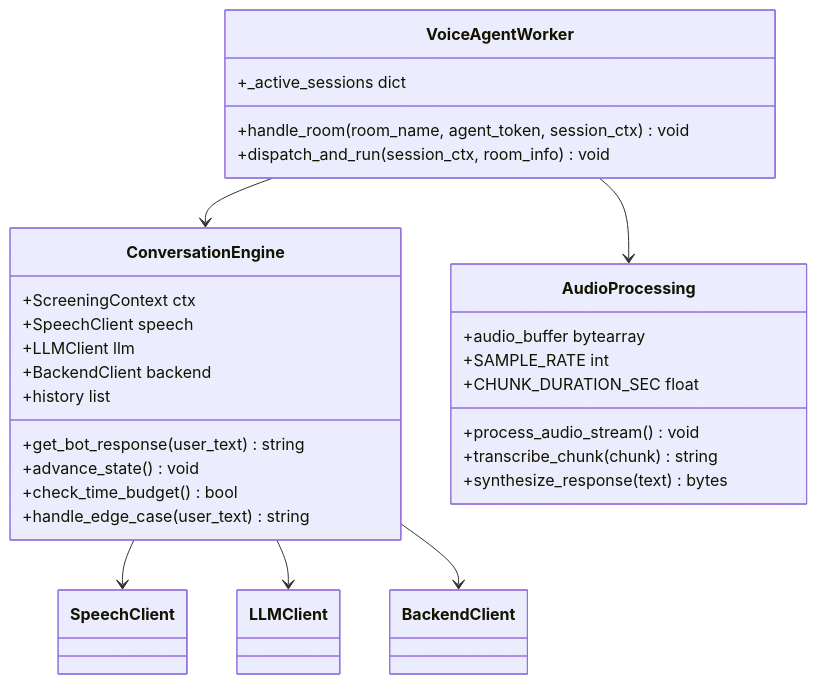
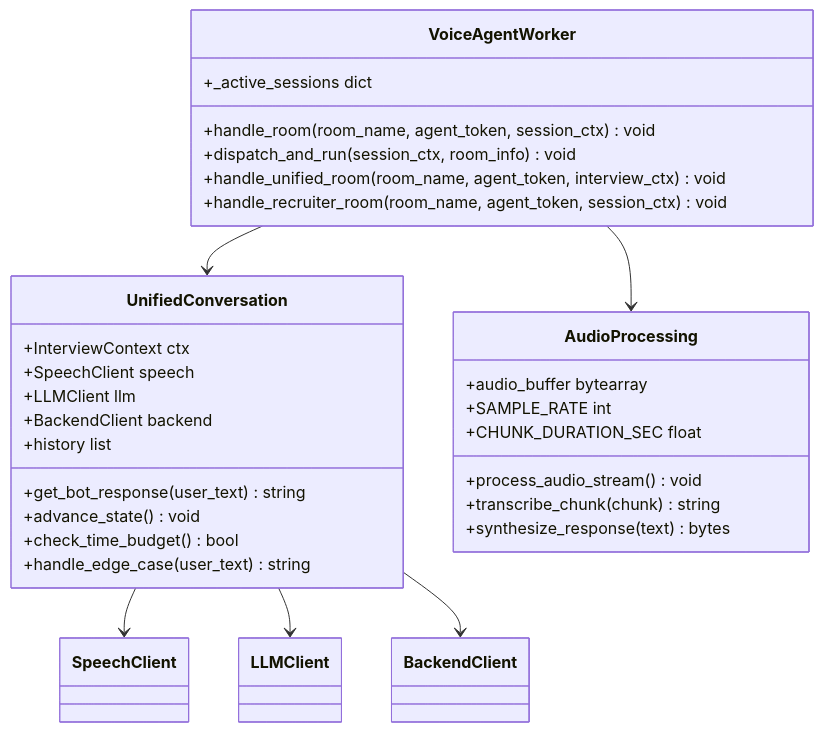
Before and after one commit to Revanththetalogics/aireume: the fourth of 19 diagrams in .qoder/repowiki/en/content/Advanced Topics/Voice Agent Conversation System.md, drawn with Mermaid. The commit also changed other lines of this file and 32 other files, not shown here.

````diff
--- a/.qoder/repowiki/en/content/Advanced Topics/Voice Agent Conversation System.md
+++ b/.qoder/repowiki/en/content/Advanced Topics/Voice Agent Conversation System.md
@@ -195,32 +284,34 @@
 ```mermaid
 classDiagram
 class VoiceAgentWorker {
 +handle_room(room_name, agent_token, session_ctx) void
 +dispatch_and_run(session_ctx, room_info) void
++handle_unified_room(room_name, agent_token, interview_ctx) void
++handle_recruiter_room(room_name, agent_token, session_ctx) void
 +_active_sessions dict
 }
-class ConversationEngine {
-+ScreeningContext ctx
+class UnifiedConversation {
++InterviewContext ctx
 +SpeechClient speech
 +LLMClient llm
 +BackendClient backend
 +history list
 +get_bot_response(user_text) string
 +advance_state() void
 +check_time_budget() bool
 +handle_edge_case(user_text) string
 }
 class AudioProcessing {
 +audio_buffer bytearray
 +SAMPLE_RATE int
 +CHUNK_DURATION_SEC float
 +process_audio_stream() void
 +transcribe_chunk(chunk) string
 +synthesize_response(text) bytes
 }
-VoiceAgentWorker --> ConversationEngine
+VoiceAgentWorker --> UnifiedConversation
 VoiceAgentWorker --> AudioProcessing
-ConversationEngine --> SpeechClient
-ConversationEngine --> LLMClient
-ConversationEngine --> BackendClient
+UnifiedConversation --> SpeechClient
+UnifiedConversation --> LLMClient
+UnifiedConversation --> BackendClient
 ```
````
